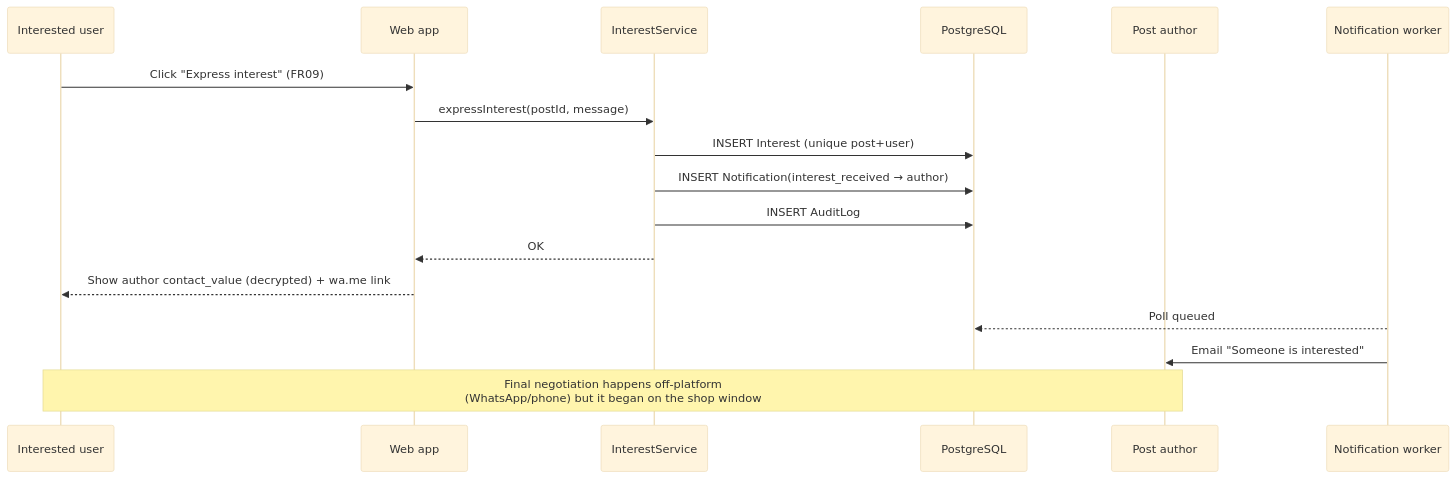
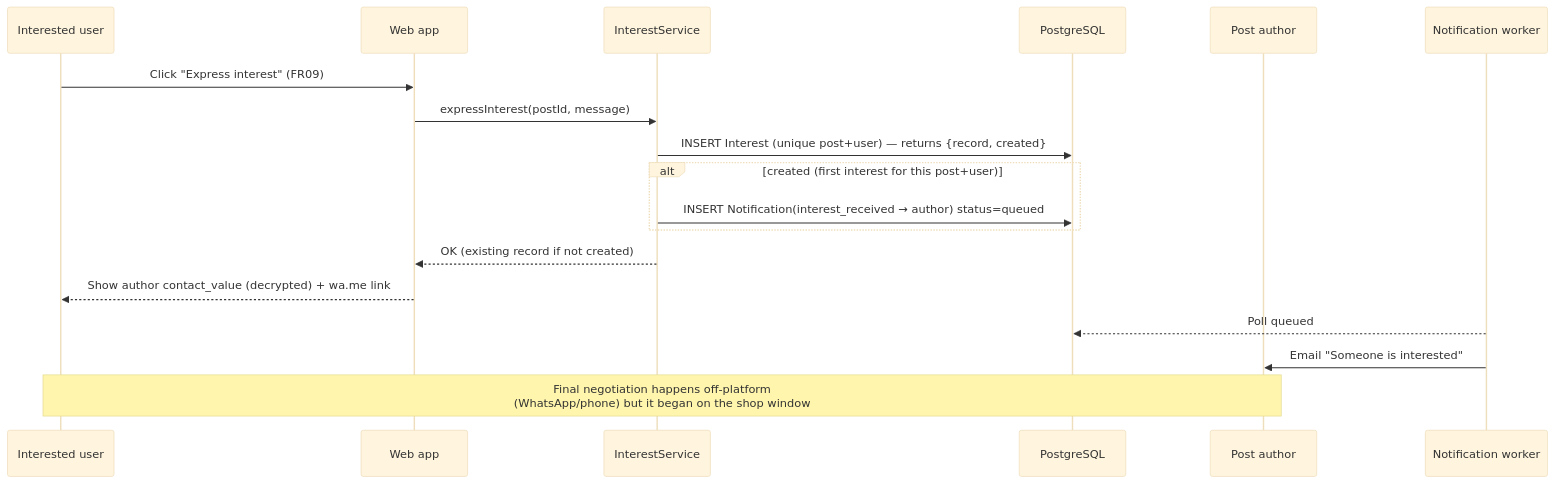
One commit to ramoneees/precisase changed the fifth of 7 diagrams in docs/ARCHITECTURE.md. Above: the diagram before and after it, drawn with Mermaid (base theme). The commit also changed other lines of this file and 1 other file, not shown here.

Commit message:
docs: refresh §6.2 interest flow for C7 idempotency; note C6 tx shell in PostService
- ARCHITECTURE §6.2 mermaid: show createInterest returning {record, created}
  with notification gated on `created`; drop the spurious AuditLog line
  (expressInterest never wrote one). Add C7 idempotency note.
- ARCHITECTURE §5.3: note transitions are wrapped in prisma.$transaction
  via PostRepository.withTransaction (C6).
- post-service.ts header: document the shell+*Tx transaction pattern so the
  file-level orientation reflects the actual implementation.

250/250 tests pass.

````diff
--- a/docs/ARCHITECTURE.md
+++ b/docs/ARCHITECTURE.md
@@ -407,20 +408,21 @@
 ```mermaid
 sequenceDiagram
     participant I as Interested user
     participant W as Web app
     participant S as InterestService
     participant DB as PostgreSQL
     participant A as Post author
     participant N as Notification worker
 
     I->>W: Click "Express interest" (FR09)
     W->>S: expressInterest(postId, message)
-    S->>DB: INSERT Interest (unique post+user)
-    S->>DB: INSERT Notification(interest_received → author)
-    S->>DB: INSERT AuditLog
-    S-->>W: OK
+    S->>DB: INSERT Interest (unique post+user) — returns {record, created}
+    alt created (first interest for this post+user)
+        S->>DB: INSERT Notification(interest_received → author) status=queued
+    end
+    S-->>W: OK (existing record if not created)
     W-->>I: Show author contact_value (decrypted) + wa.me link
     N-->>DB: Poll queued
     N->>A: Email "Someone is interested"
     Note over I,A: Final negotiation happens off-platform<br/>(WhatsApp/phone) but it began on the shop window
 ```
````
